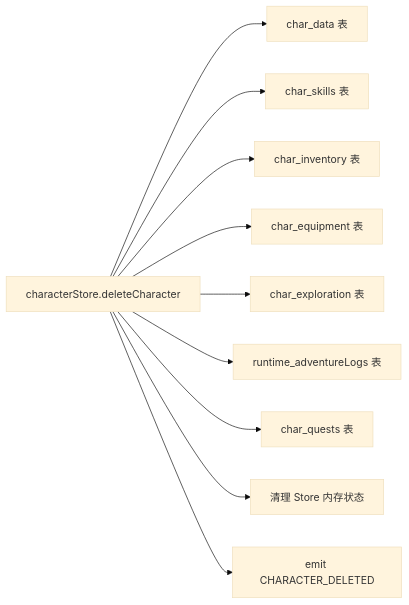
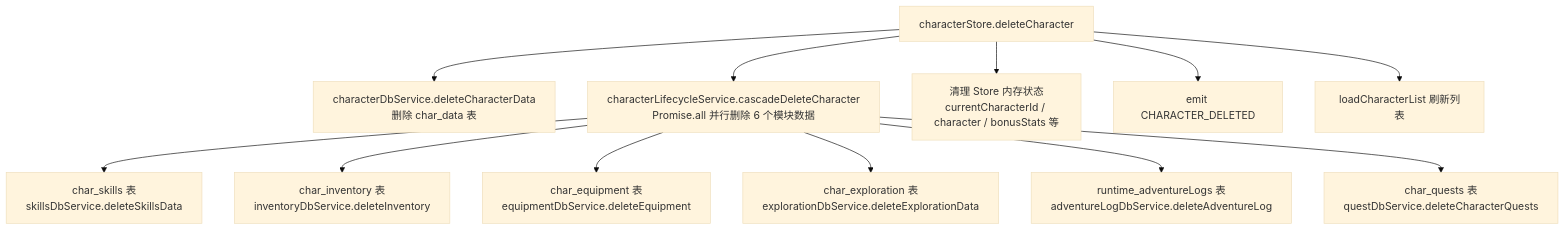
Diagram 14 of 17 in doc/project/DATA_FLOW.md (SonDemigods/wow_dnd), drawn with Mermaid (base theme) before and after one commit. The commit also changed other lines of this file and 4 other files, not shown here.

````diff
--- a/doc/project/DATA_FLOW.md
+++ b/doc/project/DATA_FLOW.md
@@ -671,13 +710,15 @@
 ```mermaid
-flowchart LR
-    %% 删除角色时级联清理所有 char_* 表
-    Delete[characterStore.deleteCharacter] --> CharData[char_data 表]
-    Delete --> Skills[char_skills 表]
-    Delete --> Inv[char_inventory 表]
-    Delete --> Equip[char_equipment 表]
-    Delete --> Exp[char_exploration 表]
-    Delete --> Log[runtime_adventureLogs 表]
-    Delete --> Quest[char_quests 表]
-    Delete --> ClearStore[清理 Store 内存状态]
+flowchart TD
+    %% 删除角色时：先删 char_data，再并行删 6 个模块数据
+    Delete[characterStore.deleteCharacter] --> CharData[characterDbService.deleteCharacterData<br/>删除 char_data 表]
+    Delete --> Cascade[characterLifecycleService.cascadeDeleteCharacter<br/>Promise.all 并行删除 6 个模块数据]
+    Cascade --> Skills[char_skills 表<br/>skillsDbService.deleteSkillsData]
+    Cascade --> Inv[char_inventory 表<br/>inventoryDbService.deleteInventory]
+    Cascade --> Equip[char_equipment 表<br/>equipmentDbService.deleteEquipment]
+    Cascade --> Exp[char_exploration 表<br/>explorationDbService.deleteExplorationData]
+    Cascade --> Log[runtime_adventureLogs 表<br/>adventureLogDbService.deleteAdventureLog]
+    Cascade --> Quest[char_quests 表<br/>questDbService.deleteCharacterQuests]
+    Delete --> ClearStore[清理 Store 内存状态<br/>currentCharacterId / character / bonusStats 等]
     Delete --> EmitDelete[emit CHARACTER_DELETED]
+    Delete --> Reload[loadCharacterList 刷新列表]
 ```
````
